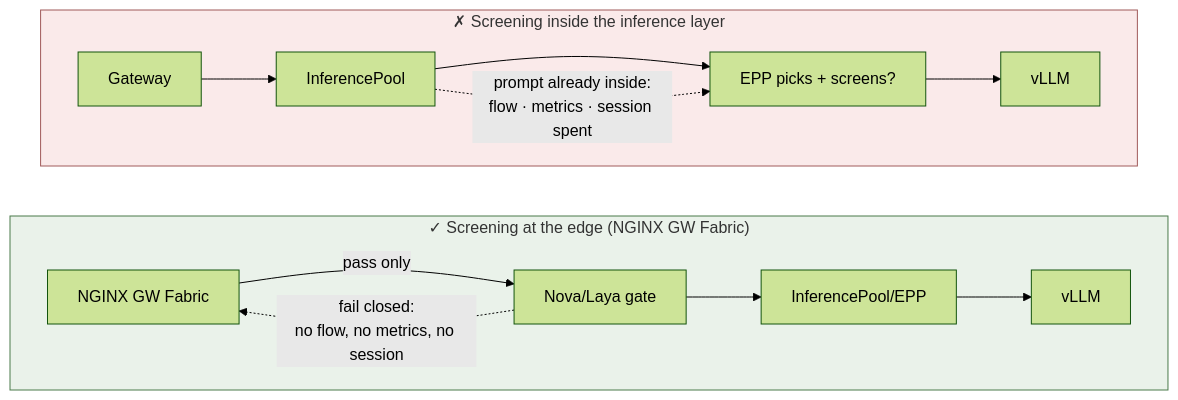
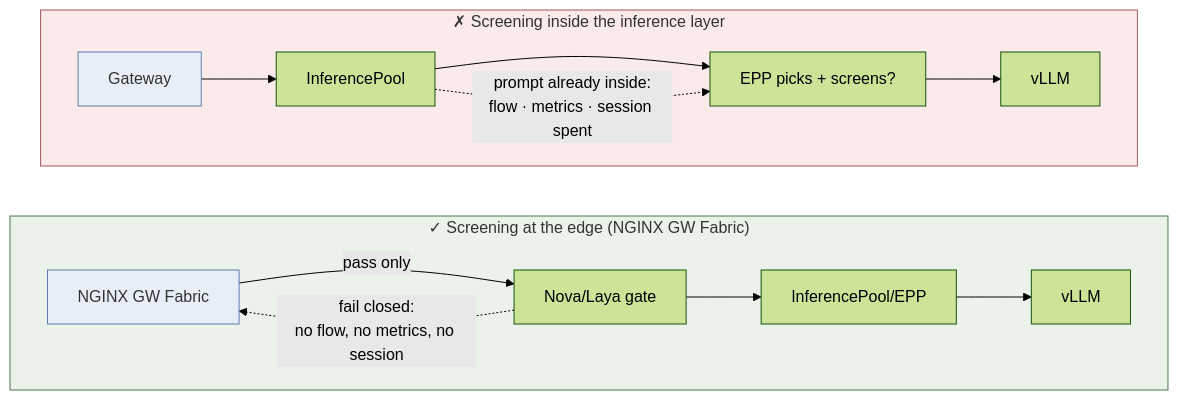
The diagram in assets/mmd/why-edge-not-epp.mmd (shsingh/ai-sec-lab), drawn with Mermaid (forest theme) before and after one commit. The commit also changed 17 other files, not shown here.

First line of the commit message:
docs+assets: figure labels M1-M7 -> 01-07 in reading order; unified transparent figure theme

```diff
--- a/assets/mmd/why-edge-not-epp.mmd
+++ b/assets/mmd/why-edge-not-epp.mmd
@@ -1,21 +1,23 @@
-%% M4 — why-edge-not-epp: fail-closed edge enforcement beats in-pool screening
+%% Figure 04 — why-edge-not-epp: fail-closed edge enforcement beats in-pool screening
 flowchart LR
     subgraph GOOD["✓ Screening at the edge (NGINX GW Fabric)"]
         direction LR
         A["NGINX GW Fabric"] -->|"pass only"| B["Nova/Laya gate"]
         B --> C["InferencePool/EPP"]
         C --> D["vLLM"]
     end
     subgraph BAD["✗ Screening inside the inference layer"]
         direction LR
         E["Gateway"] --> F["InferencePool"]
         F --> G2["EPP picks + screens?"]
         G2 --> H["vLLM"]
         F -.->|"prompt already inside:<br/>flow · metrics · session spent"| G2
     end
     B -.->|"fail closed:<br/>no flow, no metrics, no session"| A
 
     classDef ok fill:#eaf2ea,stroke:#4a7a4a
     classDef bad fill:#faeaea,stroke:#a05a5a
     class GOOD ok
     class BAD bad
+    classDef plain fill:#e8eef7,stroke:#5b7db1,color:#333
+    class A,E plain
```
